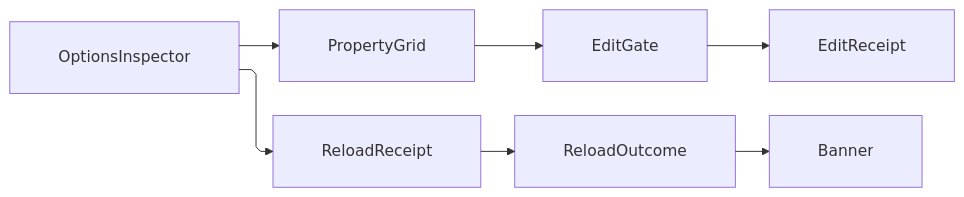
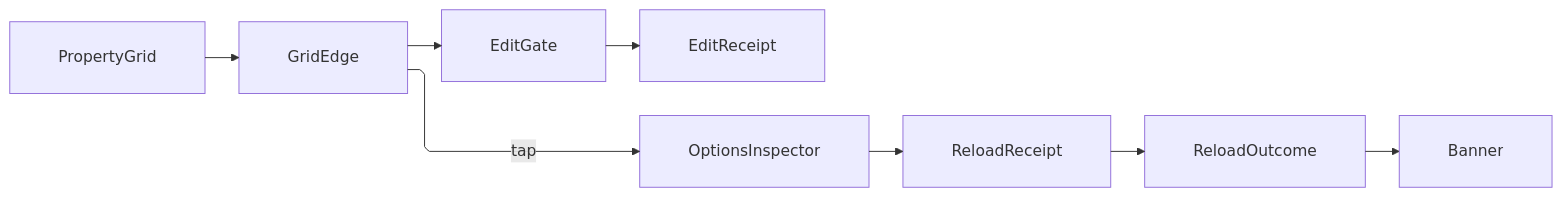
Before and after one commit to bsamiee/Rasm: the diagram in libs/csharp/Rasm.AppUi/.planning/Editing/inspector.md, drawn with Mermaid. The commit also changed other lines of this file and 818 other files, not shown here.

````diff
--- a/libs/csharp/Rasm.AppUi/.planning/Editing/inspector.md
+++ b/libs/csharp/Rasm.AppUi/.planning/Editing/inspector.md
@@ -716,18 +768,19 @@
 ```mermaid
 ---
 config:
   layout: elk
   flowchart:
     curve: linear
     padding: 25
 ---
 flowchart LR
     accTitle: Inspector edit and reload receipts
-    accDescr: Options inspection separates the property edit gate from reload projection, and both paths terminate in typed user-visible outcomes.
-    OptionsInspector --> PropertyGrid
-    PropertyGrid --> EditGate
+    accDescr: Grid events admit through one edge union into the gate and seal pair, options persistence taps the same admitted stream, and reload receipts fold to typed banners.
+    PropertyGrid --> GridEdge
+    GridEdge --> EditGate
     EditGate --> EditReceipt
+    GridEdge -->|tap| OptionsInspector
     OptionsInspector --> ReloadReceipt
     ReloadReceipt --> ReloadOutcome
     ReloadOutcome --> Banner
 ```
````
